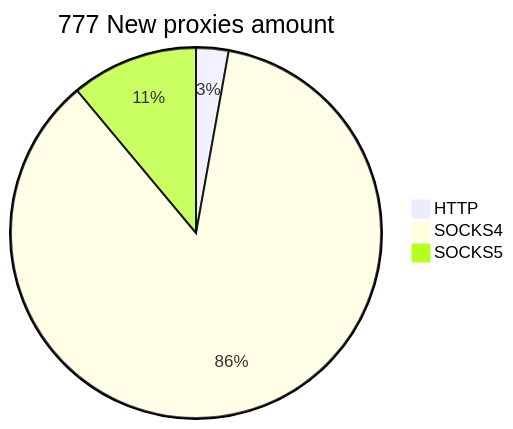
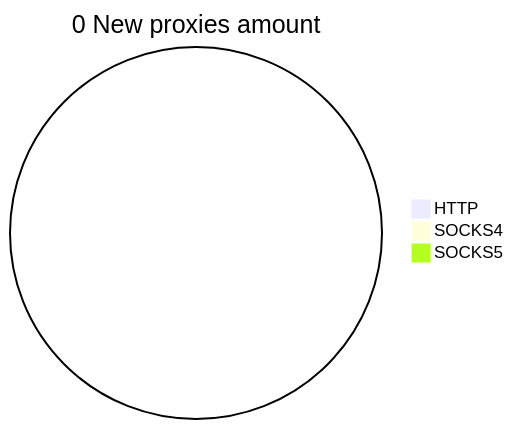
The second of 2 diagrams in README.md (cutipu/proxylist), drawn with Mermaid before and after one commit.

````diff
--- a/README.md
+++ b/README.md
@@ -10,6 +10,6 @@
 ```mermaid
-pie title 777 New proxies amount
-    "HTTP" : 22
-    "SOCKS4" : 669
-    "SOCKS5" : 86
+pie title 0 New proxies amount
+    "HTTP" : 0
+    "SOCKS4" : 0
+    "SOCKS5" : 0
 ```
````
